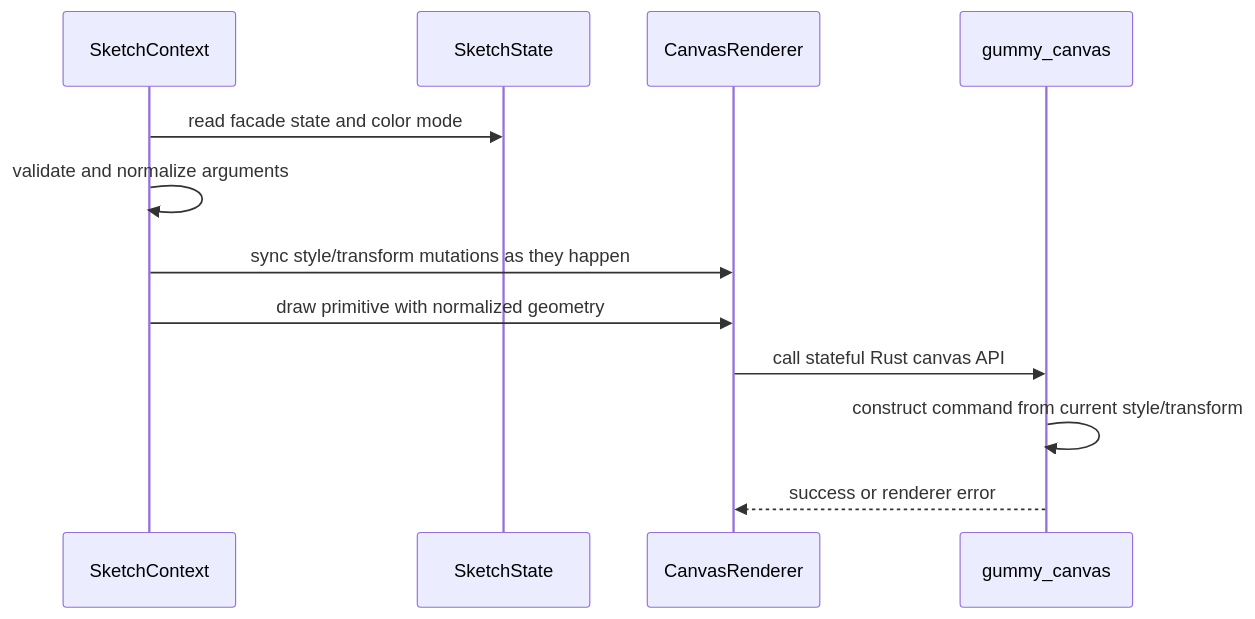
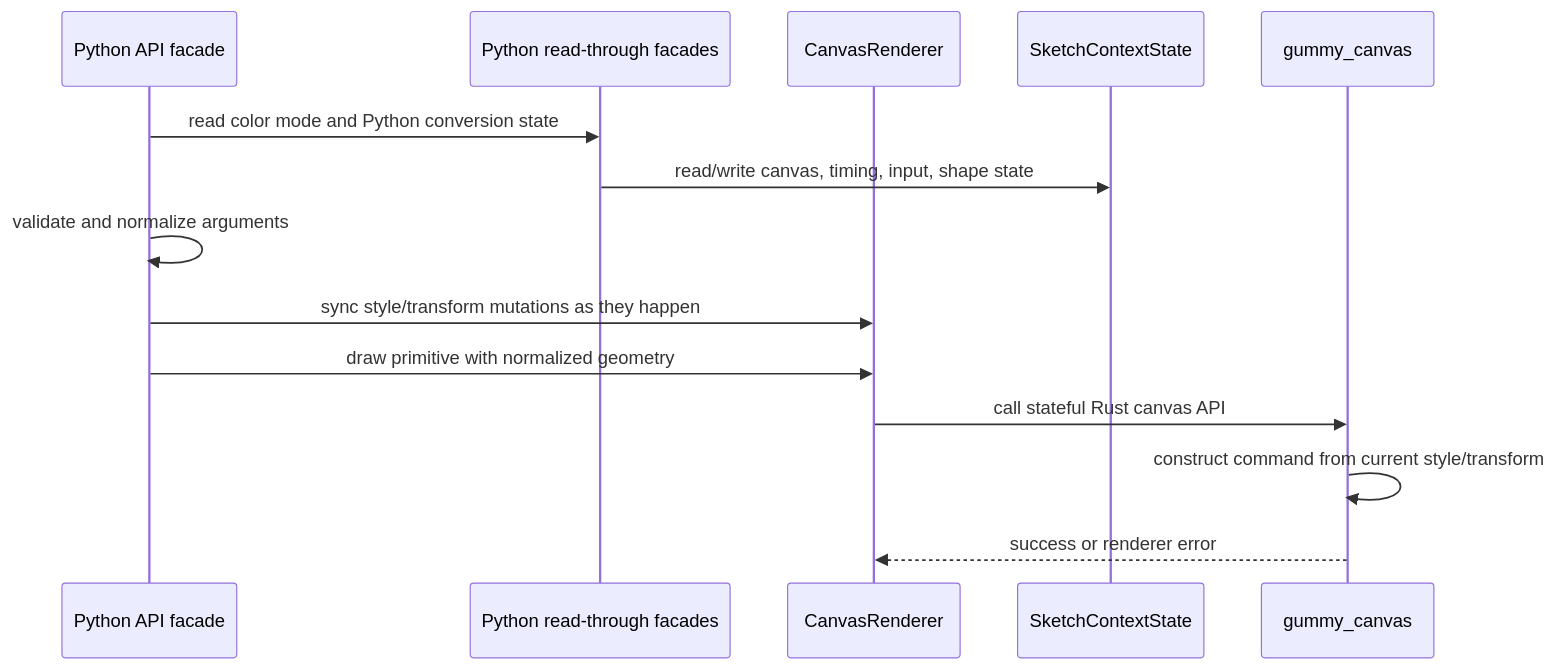
Before and after one commit to JonathanHHenson/gummy_snake: the second of 2 diagrams in docs/contribute/backend_renderer.md, drawn with Mermaid. The commit also changed other lines of this file and 16 other files, not shown here.

Commit message:
Move sketch state into Rust canvas runtime

````diff
--- a/docs/contribute/backend_renderer.md
+++ b/docs/contribute/backend_renderer.md
@@ -141,15 +147,17 @@
 ```mermaid
 sequenceDiagram
-    participant C as SketchContext
-    participant S as SketchState
+    participant C as Python API facade
+    participant S as Python read-through facades
     participant R as CanvasRenderer
+    participant K as SketchContextState
     participant X as gummy_canvas
 
-    C->>S: read facade state and color mode
+    C->>S: read color mode and Python conversion state
+    S->>K: read/write canvas, timing, input, shape state
     C->>C: validate and normalize arguments
     C->>R: sync style/transform mutations as they happen
     C->>R: draw primitive with normalized geometry
     R->>X: call stateful Rust canvas API
     X->>X: construct command from current style/transform
     X-->>R: success or renderer error
 ```
````
